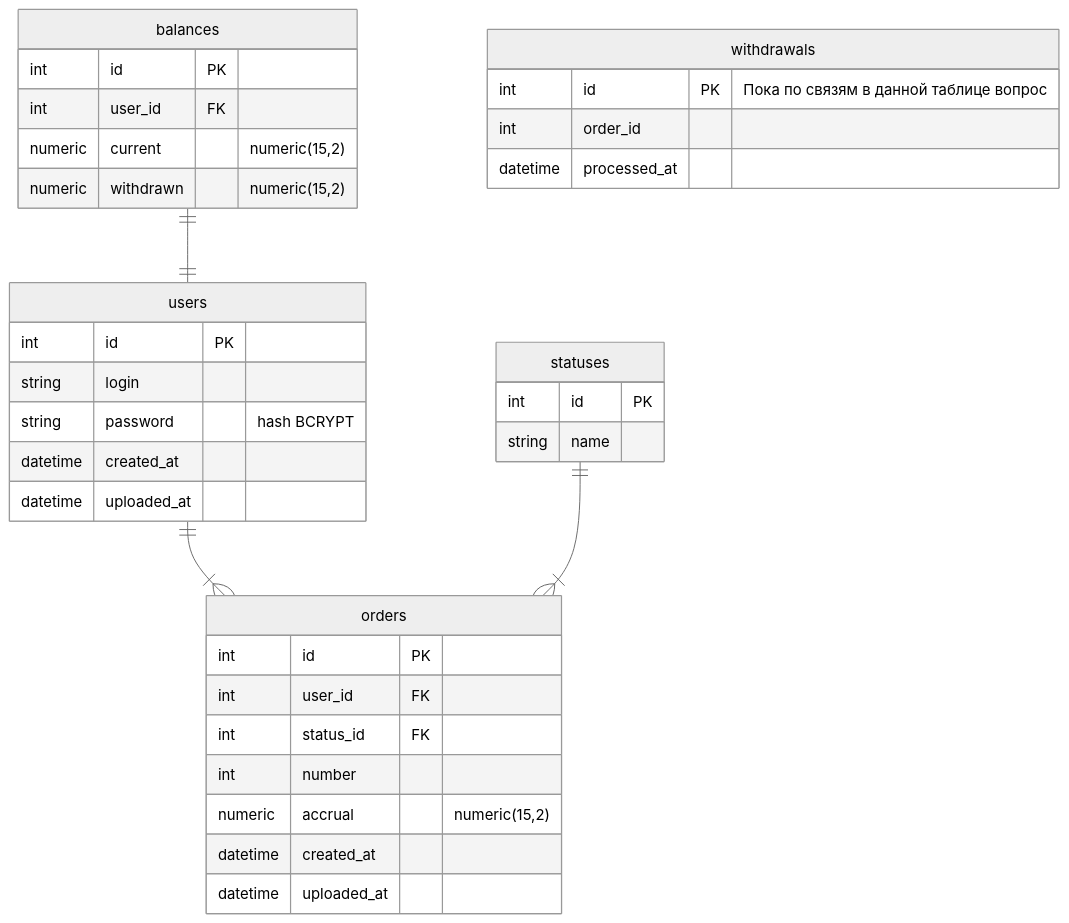
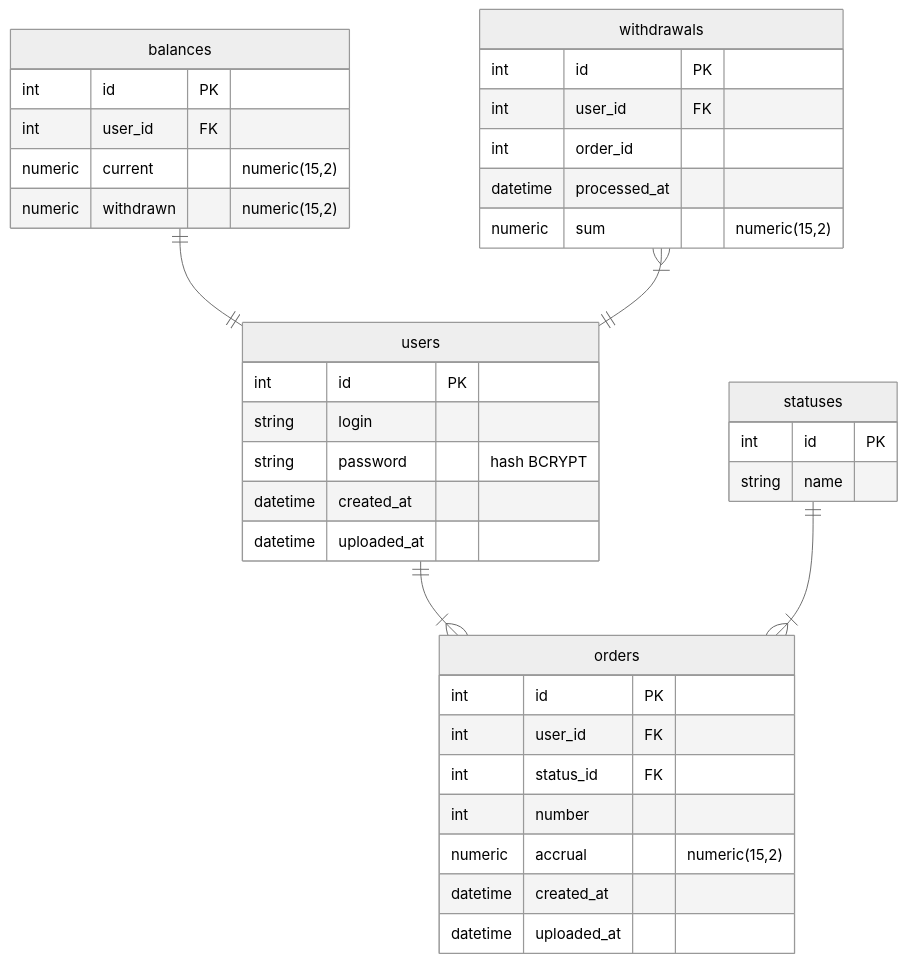
Before and after one commit to xboxser/gofermart: the diagram in doc/db.md, drawn with Mermaid. The commit also changed 8 other files, not shown here.

````diff
--- a/doc/db.md
+++ b/doc/db.md
@@ -4,42 +4,47 @@
 ```mermaid
 ---
 config:
   theme: neutral
 ---
 erDiagram
 	direction TB
 	statuses {
 		int id PK ""  
 		string name  ""  
-	}
-	orders {
-		int id PK ""  
-		int user_id FK ""  
-		int status_id FK ""  
-		int number  ""  
-		numeric accrual  "numeric(15,2)"  
-		datetime created_at  ""  
-		datetime uploaded_at  ""  
 	}
 	users {
 		int id PK ""  
 		string login  ""  
 		string password  "hash BCRYPT"  
 		datetime created_at  ""  
 		datetime uploaded_at  ""  
 	}
 	balances {
 		int id PK ""  
 		int user_id FK ""  
 		numeric current  "numeric(15,2)"  
 		numeric withdrawn  "numeric(15,2)"  
 	}
+	orders {
+		int id PK ""  
+		int user_id FK ""  
+		int status_id FK ""  
+		int number  ""  
+		numeric accrual  "numeric(15,2)"  
+		datetime created_at  ""  
+		datetime uploaded_at  ""  
+	}
 	withdrawals {
-		int id PK "Пока по связям в данной таблице вопрос "  
+		int id PK ""  
+		int user_id FK ""  
 		int order_id  ""  
 		datetime processed_at  ""  
+		numeric sum  "numeric(15,2)"  
 	}
+
 	users||--|{orders:"  "
 	statuses||--|{orders:"  "
 	balances||--||users:"  "
+	withdrawals}|--||users:"  "
+
 ```
````
